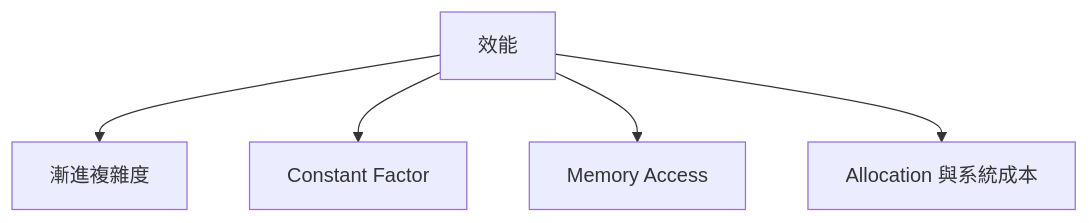
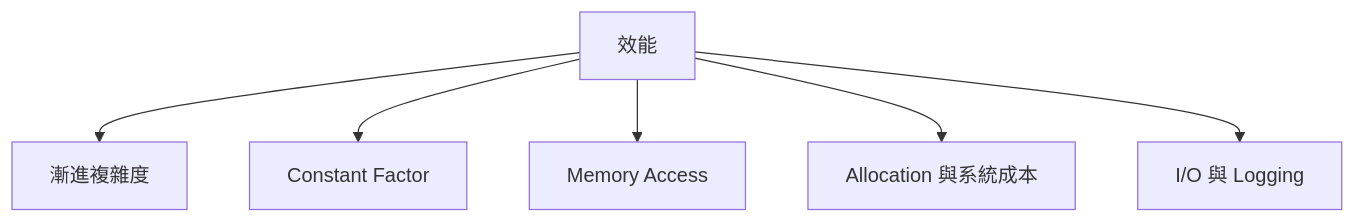
The second of 4 diagrams in 13_debugging_validation/58_performance_optimization.md (davidchen0970/algorithm_note), drawn with Mermaid before and after one commit. The commit also changed other lines of this file and 7 other files, not shown here.

````diff
--- a/13_debugging_validation/58_performance_optimization.md
+++ b/13_debugging_validation/58_performance_optimization.md
@@ -28,7 +99,8 @@
 ```mermaid
 flowchart TD
-    A[效能] --> B[漸進複雜度]
-    A --> C[Constant Factor]
-    A --> D[Memory Access]
-    A --> E[Allocation 與系統成本]
+    A["效能"] --> B["漸進複雜度"]
+    A --> C["Constant Factor"]
+    A --> D["Memory Access"]
+    A --> E["Allocation 與系統成本"]
+    A --> F["I/O 與 Logging"]
 ```
````
